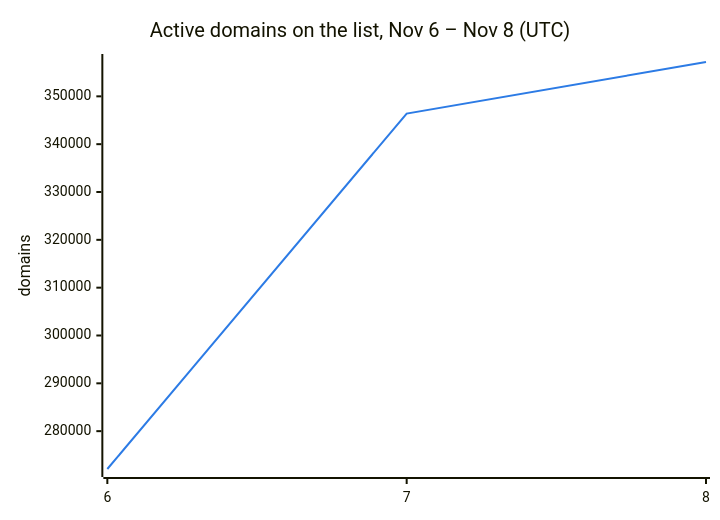
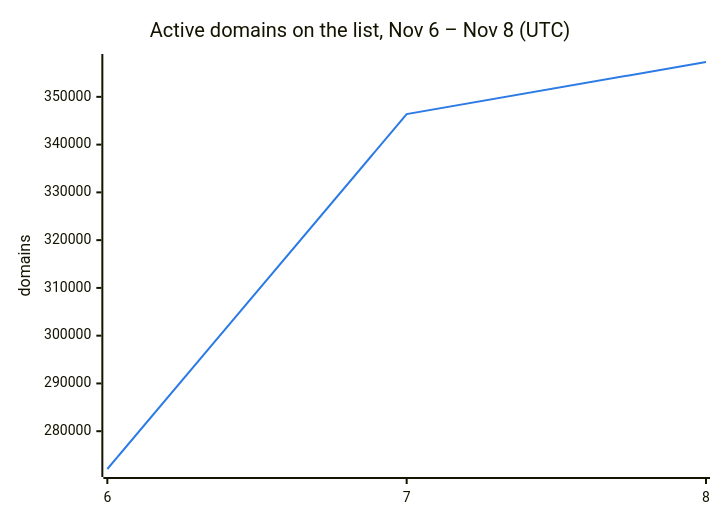
The second of 3 diagrams in README.md (DNSBunker/CTI), drawn with Mermaid before and after one commit. The commit also changed other lines of this file and 3 other files, not shown here.

````diff
--- a/README.md
+++ b/README.md
@@ -38,8 +38,8 @@
 ```mermaid
 %%{init: {"themeVariables": {"xyChart": {"plotColorPalette": "#2c7be5"}}}}%%
 xychart-beta
     title "Active domains on the list, Nov 6 – Nov 8 (UTC)"
     x-axis ["6", "7", "8"]
     y-axis "domains"
-    line [272088, 346388, 357180]
+    line [272088, 346388, 357297]
 ```
````
